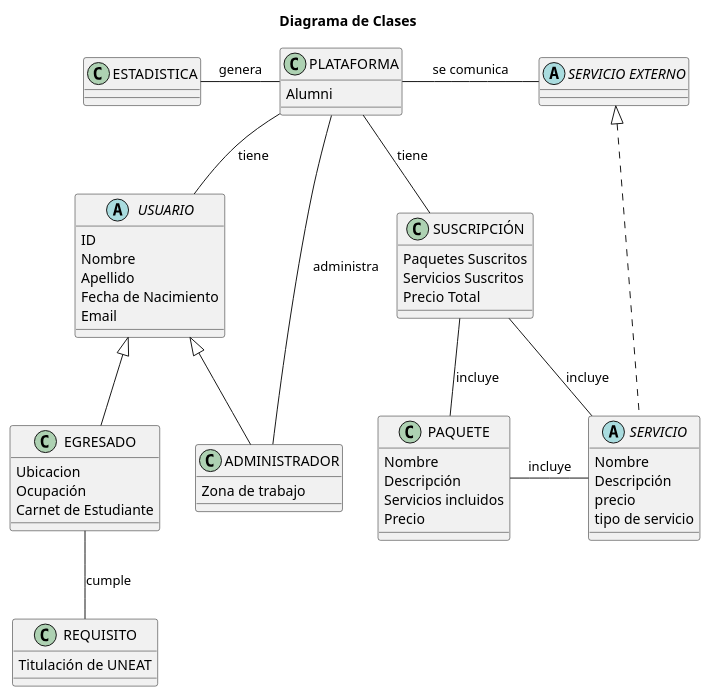
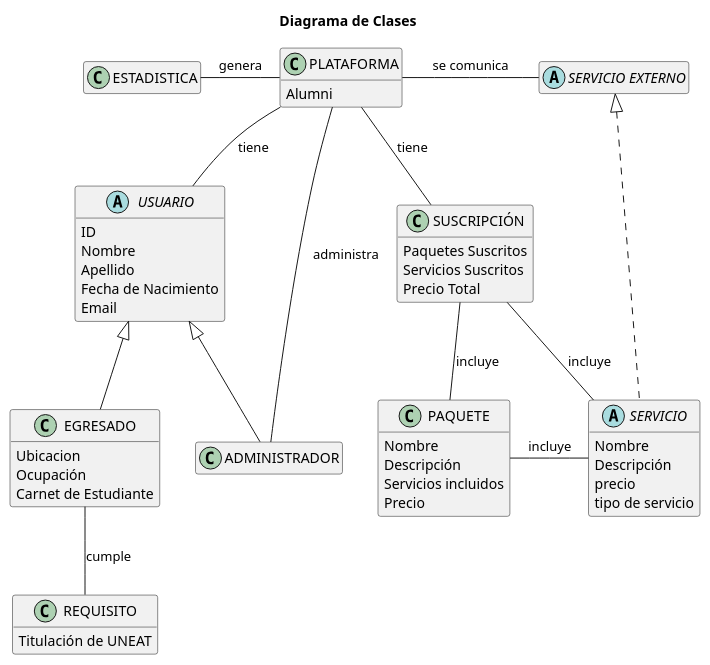
One commit to mmasias/23-24-IdSw1-SDR changed the diagram in Modelo_de_Dominio/Diagramas_de_Clases/Diagramas_Finales/Cuarta_Iteración/Diagrama_de_Clases/Diagrama_de_Clases.puml. Above: the diagram before and after it, drawn with PlantUML. The commit also changed 1 other file, not shown here.

Commit message:
Hide empty members in Diagrama_de_Clases.puml

```diff
--- a/Modelo_de_Dominio/Diagramas_de_Clases/Diagramas_Finales/Cuarta_Iteración/Diagrama_de_Clases/Diagrama_de_Clases.puml
+++ b/Modelo_de_Dominio/Diagramas_de_Clases/Diagramas_Finales/Cuarta_Iteración/Diagrama_de_Clases/Diagrama_de_Clases.puml
@@ -1,82 +1,83 @@
 @startuml AumniClasses
 
 title Diagrama de Clases
 
 '!theme amiga
 skinparam backgroundColor white
 skinparam defaultFontName Arial
+
+hide empty members
 
 class PLATAFORMA 
 {
    Alumni
 }
 
 abstract "SERVICIO EXTERNO"
 
 abstract USUARIO 
 {
     ID
     Nombre 
     Apellido
     Fecha de Nacimiento
     Email
 }
 
 class EGRESADO 
 {
     Ubicacion
     Ocupación
     Carnet de Estudiante
 }
 
 class ADMINISTRADOR 
 {
-    Zona de trabajo
 }
 
 class REQUISITO 
 {
     Titulación de UNEAT
 }
 
 class ESTADISTICA 
 {
 }
 
 class SUSCRIPCIÓN 
 {
     Paquetes Suscritos
     Servicios Suscritos
     Precio Total
 }
 
 class PAQUETE
 {
     Nombre
     Descripción
     Servicios incluidos
     Precio
 }
 
 abstract SERVICIO 
 {
     Nombre 
     Descripción
     precio
     tipo de servicio
 }
 
 PLATAFORMA -- USUARIO : tiene
 PLATAFORMA -left ESTADISTICA : genera
 PLATAFORMA -right- "SERVICIO EXTERNO" : se comunica
 SERVICIO .up..|> "SERVICIO EXTERNO"
 SUSCRIPCIÓN -up- PLATAFORMA : tiene
 SUSCRIPCIÓN -- SERVICIO : incluye
 EGRESADO -- REQUISITO : cumple
 SUSCRIPCIÓN -- PAQUETE : incluye
 PAQUETE - SERVICIO : incluye
 USUARIO <|-- EGRESADO
 USUARIO <|-- ADMINISTRADOR
 ADMINISTRADOR -up- PLATAFORMA : administra
 
 @enduml
```
